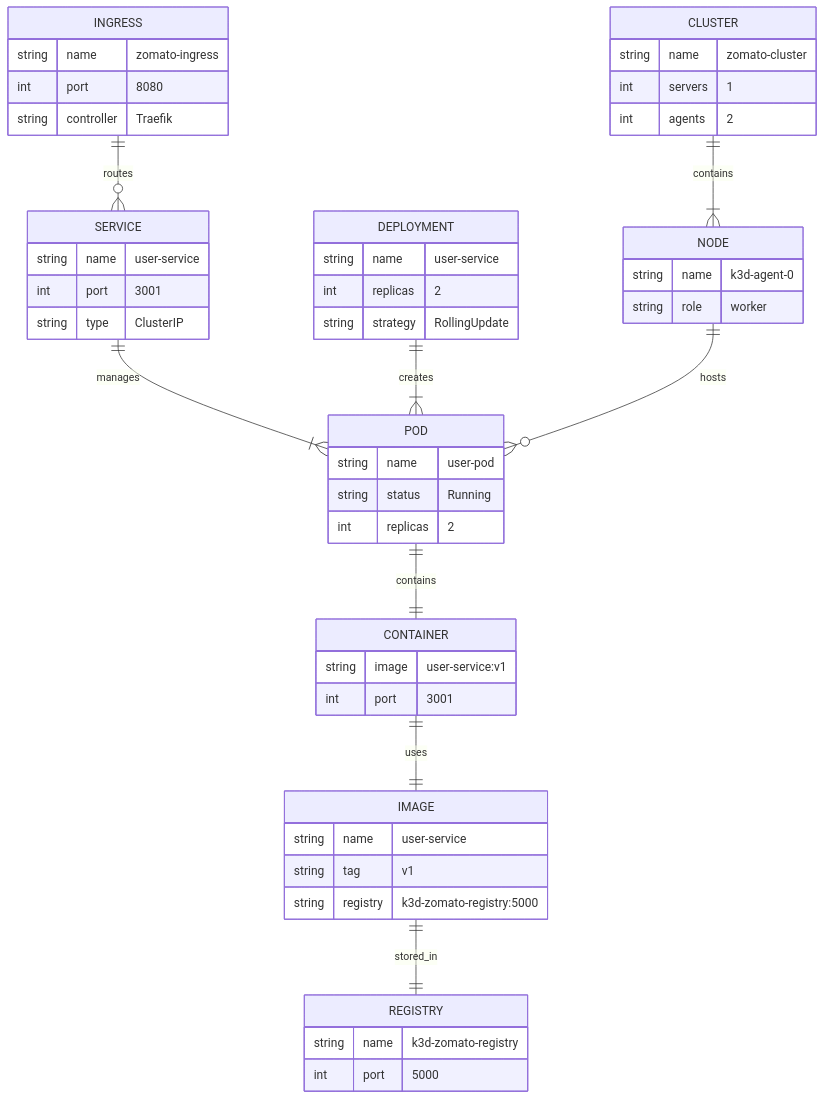
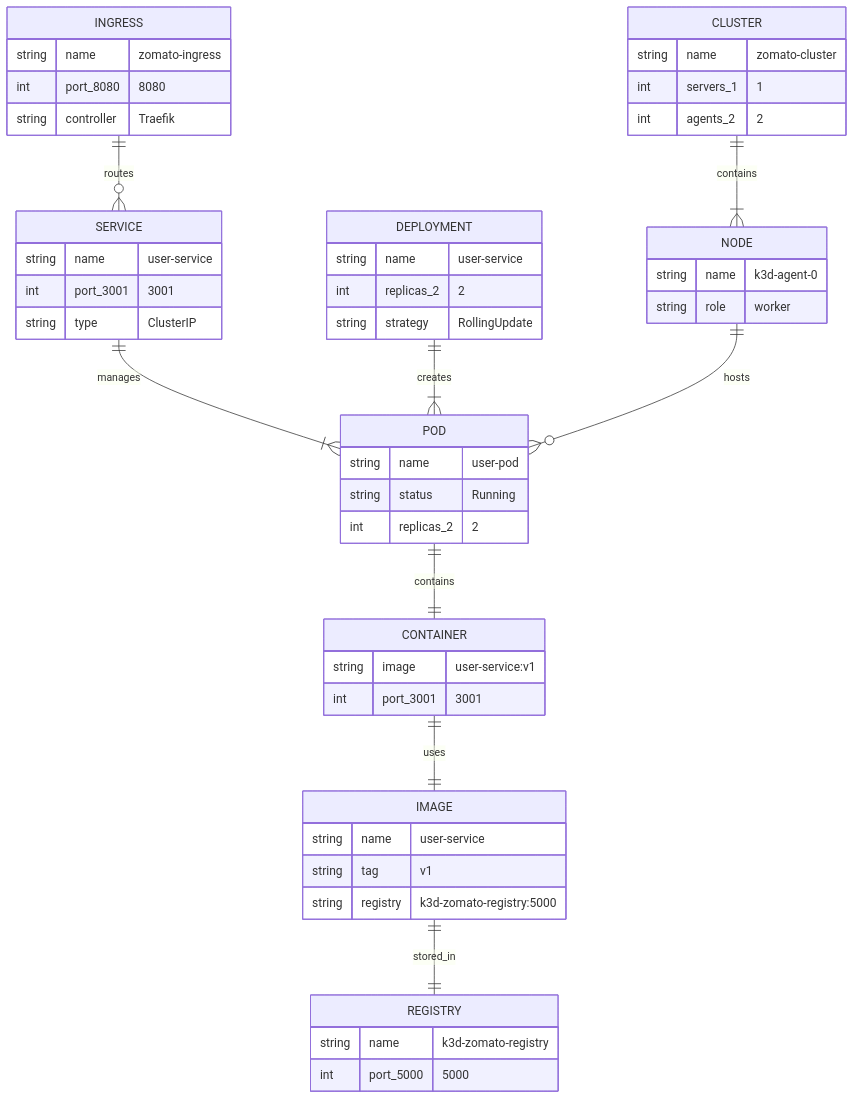
Before and after one commit to auspicious27/devops_masterclass-readmee: the tenth of 21 diagrams in DIAGRAM.md, drawn with Mermaid.

Commit message:
Fix ER diagram syntax: Remove spaces in attribute names for proper Mermaid rendering

````diff
--- a/DIAGRAM.md
+++ b/DIAGRAM.md
@@ -516,62 +516,62 @@
 ```mermaid
 erDiagram
     INGRESS ||--o{ SERVICE : routes
     SERVICE ||--|{ POD : manages
     DEPLOYMENT ||--|{ POD : creates
     POD ||--|| CONTAINER : contains
     CONTAINER ||--|| IMAGE : uses
     IMAGE ||--|| REGISTRY : stored_in
     NODE ||--o{ POD : hosts
     CLUSTER ||--|{ NODE : contains
     
     INGRESS {
         string name "zomato-ingress"
-        int port "8080"
+        int port_8080 "8080"
         string controller "Traefik"
     }
     
     SERVICE {
         string name "user-service"
-        int port "3001"
+        int port_3001 "3001"
         string type "ClusterIP"
     }
     
     POD {
         string name "user-pod"
         string status "Running"
-        int replicas "2"
+        int replicas_2 "2"
     }
     
     DEPLOYMENT {
         string name "user-service"
-        int replicas "2"
+        int replicas_2 "2"
         string strategy "RollingUpdate"
     }
     
     CONTAINER {
         string image "user-service:v1"
-        int port "3001"
+        int port_3001 "3001"
     }
     
     IMAGE {
         string name "user-service"
         string tag "v1"
         string registry "k3d-zomato-registry:5000"
     }
     
     REGISTRY {
         string name "k3d-zomato-registry"
-        int port "5000"
+        int port_5000 "5000"
     }
     
     NODE {
         string name "k3d-agent-0"
         string role "worker"
     }
     
     CLUSTER {
         string name "zomato-cluster"
-        int servers "1"
-        int agents "2"
+        int servers_1 "1"
+        int agents_2 "2"
     }
 ```
````
